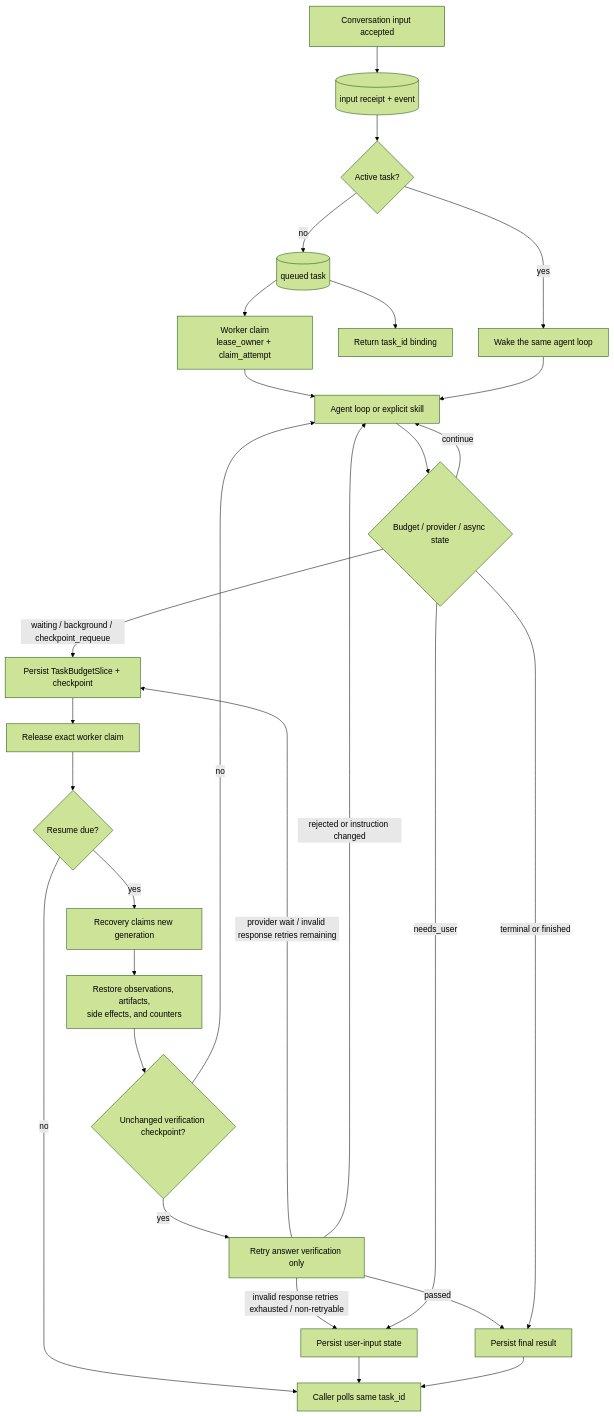
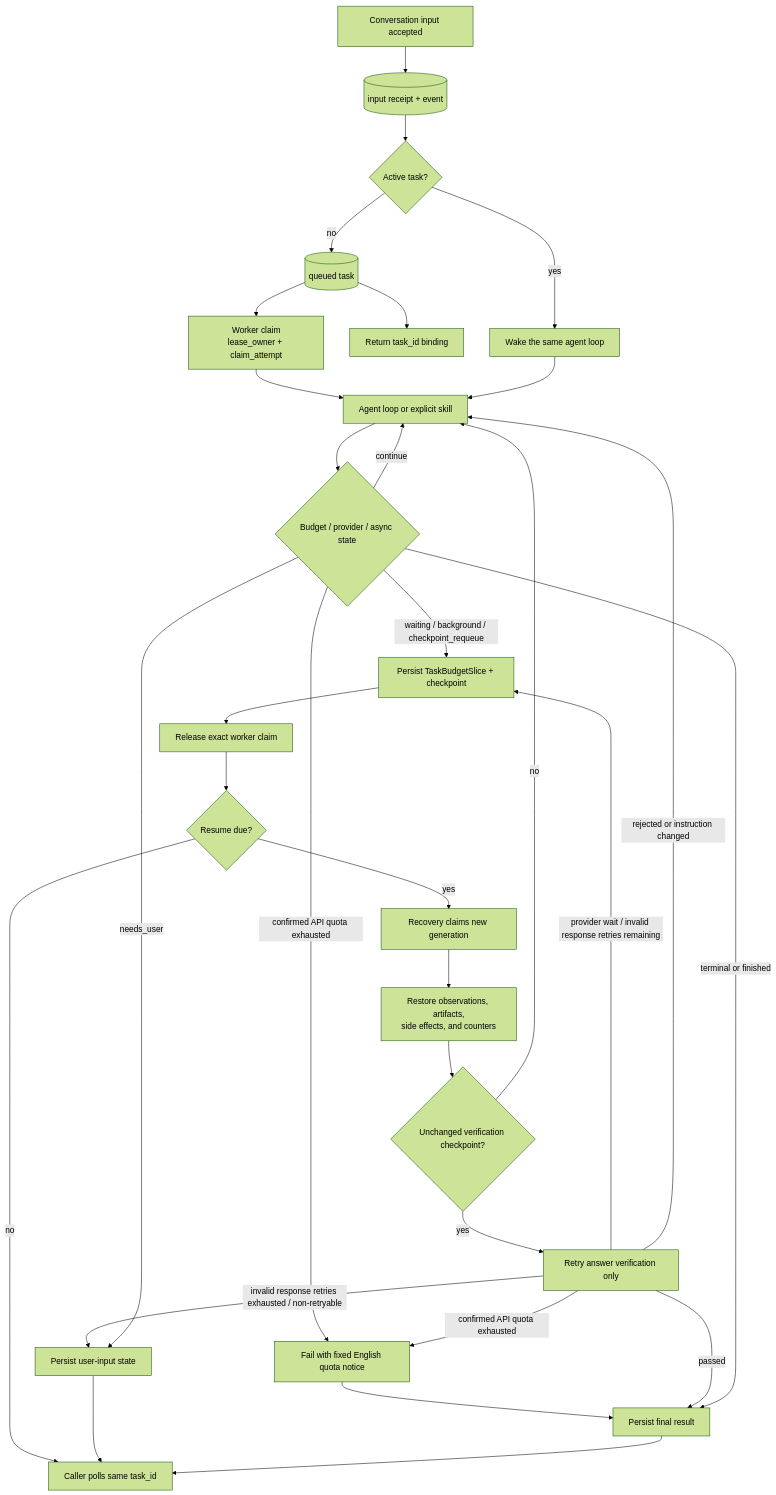
One commit to MatrixCoreX/RustClaw changed the second of 5 diagrams in docs/architecture/03-task-state-context.md. Above: the diagram before and after it, drawn with Mermaid (forest theme). The commit also changed other lines of this file and 36 other files, not shown here.

Commit message:
fix: terminate quota-exhausted tasks with one English notice

````diff
--- a/docs/architecture/03-task-state-context.md
+++ b/docs/architecture/03-task-state-context.md
@@ -164,30 +171,33 @@
 ```mermaid
 flowchart TD
     A[Conversation input accepted] --> A1[(input receipt + event)]
     A1 --> A2{Active task?}
     A2 -->|no| B[(queued task)]
     A2 -->|yes| A3[Wake the same agent loop]
     B --> C[Return task_id binding]
     B --> D[Worker claim<br/>lease_owner + claim_attempt]
     D --> E[Agent loop or explicit skill]
     A3 --> E
     E --> F{Budget / provider / async state}
     F -->|continue| E
+    F -->|confirmed API quota exhausted| Q[Fail with fixed English quota notice]
+    Q --> M
     F -->|waiting / background / checkpoint_requeue| G[Persist TaskBudgetSlice + checkpoint]
     G --> H[Release exact worker claim]
     H --> I{Resume due?}
     I -->|no| J[Caller polls same task_id]
     I -->|yes| K[Recovery claims new generation]
     K --> L[Restore observations, artifacts,<br/>side effects, and counters]
     L --> LV{Unchanged verification checkpoint?}
     LV -->|yes| VV[Retry answer verification only]
     LV -->|no| E
     VV -->|passed| M
+    VV -->|confirmed API quota exhausted| Q
     VV -->|provider wait / invalid response retries remaining| G
     VV -->|invalid response retries exhausted / non-retryable| N
     VV -->|rejected or instruction changed| E
     F -->|needs_user| N[Persist user-input state]
     N --> J
     F -->|terminal or finished| M[Persist final result]
     M --> J
 ```
````
